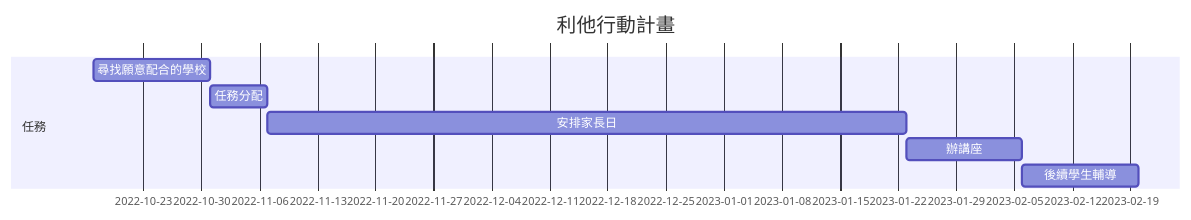
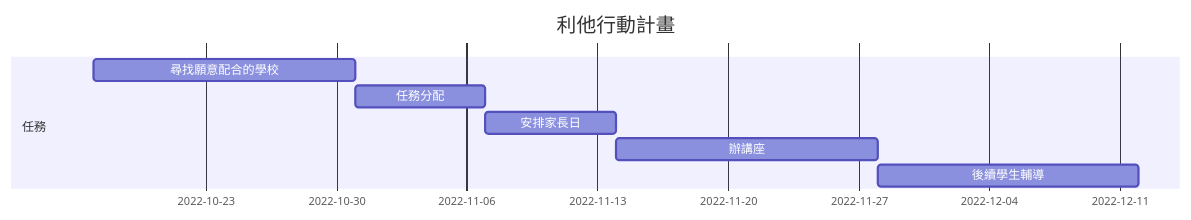
The diagram in date.md (mark13578/2022-sasd), drawn with Mermaid before and after one commit.

````diff
--- a/date.md
+++ b/date.md
@@ -3,12 +3,12 @@
 ```mermaid
 gantt
     title 利他行動計畫
     
     section 任務
     尋找願意配合的學校:a1, 2022-10-17,14d
     任務分配:a2, after a1,7d
-    安排家長日:a3, after a2,77d
+    安排家長日:a3, after a2,7d
     辦講座:a4, after a3,14d
     後續學生輔導:a5, after a4,14d
     
 ```
````
